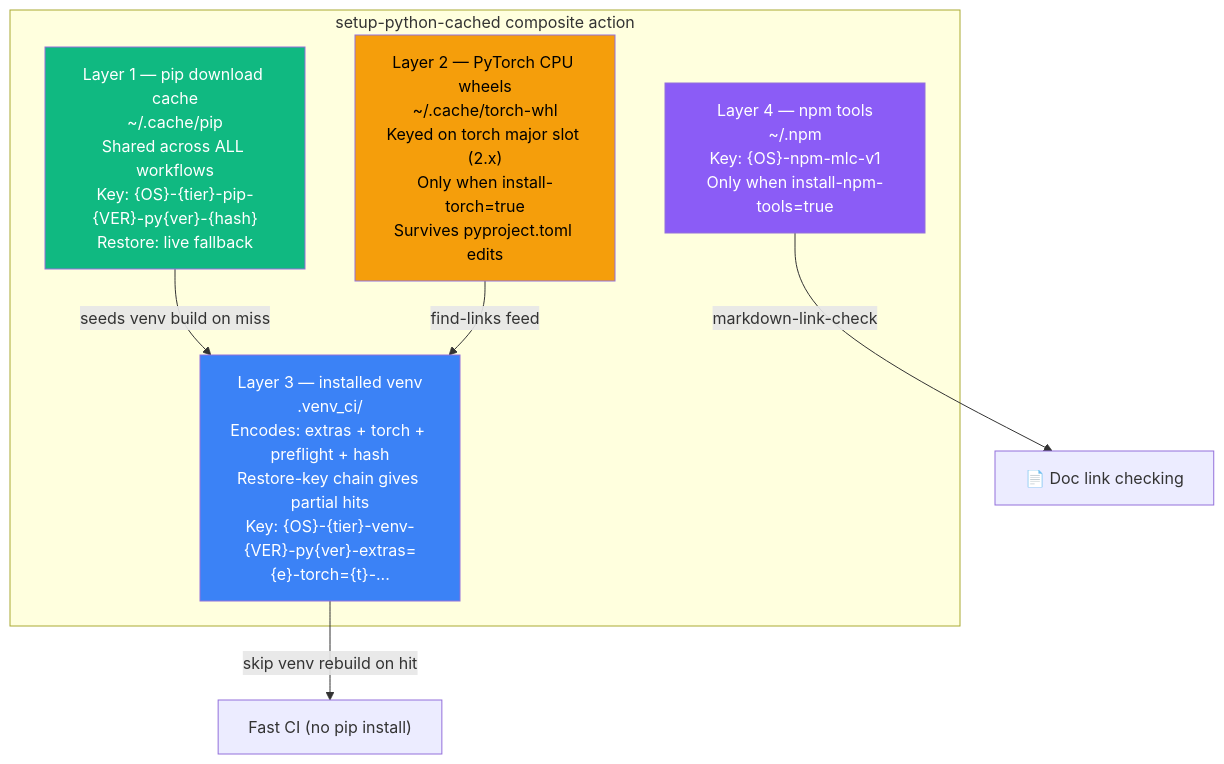
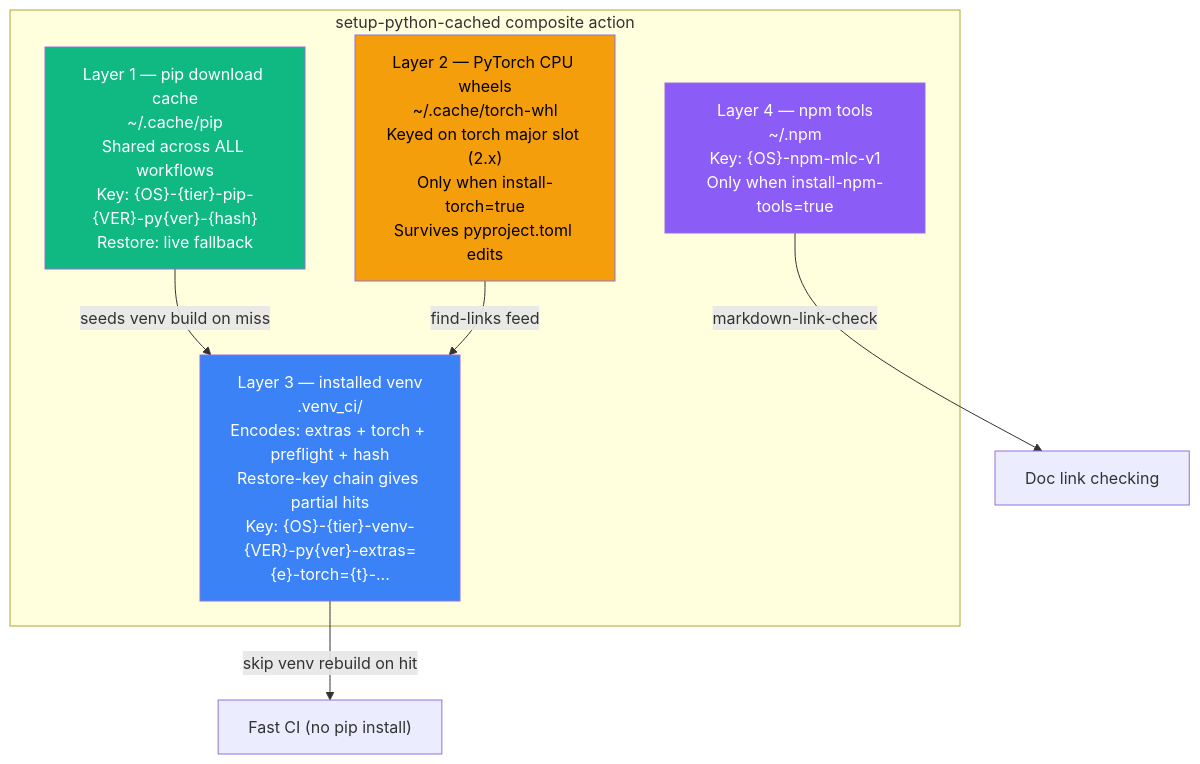
One commit to Aries-Serpent/_codex_ changed the first of 5 diagrams in docs/ops/CACHE_SHARED_DATASETS.md. Above: the diagram before and after it, drawn with Mermaid. The commit also changed other lines of this file and 4117 other files, not shown here.

````diff
--- a/docs/ops/CACHE_SHARED_DATASETS.md
+++ b/docs/ops/CACHE_SHARED_DATASETS.md
@@ -33,20 +33,24 @@
 ```mermaid
 %%{init: {'accessibility': {'title': 'Flowchart showing "Layer 1 — pip download cache\n~/.cache/pip\nShared across ALL workflows\nKey: {OS}-{tier}-pip-{VER}-py{ver}-{hash}\nRestore: live fallback", "Layer 2 — PyTorch CPU wheels\n~/.cache/torch-whl\nKeyed on torch major slot (2.x)\nOnly when install-torch=true\nSurvives pyproject.toml edits"'}}%%
+
 graph TD
-    subgraph "setup-python-cached composite action"
-        L1["Layer 1 — pip download cache\n~/.cache/pip\nShared across ALL workflows\nKey: {OS}-{tier}-pip-{VER}-py{ver}-{hash}\nRestore: live fallback"]
-        L2["Layer 2 — PyTorch CPU wheels\n~/.cache/torch-whl\nKeyed on torch major slot (2.x)\nOnly when install-torch=true\nSurvives pyproject.toml edits"]
-        L3["Layer 3 — installed venv\n.venv_ci/\nEncodes: extras + torch + preflight + hash\nRestore-key chain gives partial hits\nKey: {OS}-{tier}-venv-{VER}-py{ver}-extras={e}-torch={t}-..."]
-        L4["Layer 4 — npm tools\n~/.npm\nKey: {OS}-npm-mlc-v1\nOnly when install-npm-tools=true"]
-    end
+ subgraph "setup-python-cached composite action"
+ L1["Layer 1 — pip download cache\n~/.cache/pip\nShared across ALL workflows\nKey: {OS}-{tier}-pip-{VER}-py{ver}-{hash}\nRestore: live fallback"]
+ L2["Layer 2 — PyTorch CPU wheels\n~/.cache/torch-whl\nKeyed on torch major slot (2.x)\nOnly when install-torch=true\nSurvives pyproject.toml edits"]
+ L3["Layer 3 — installed venv\n.venv_ci/\nEncodes: extras + torch + preflight + hash\nRestore-key chain gives partial hits\nKey: {OS}-{tier}-venv-{VER}-py{ver}-extras={e}-torch={t}-..."]
+ L4["Layer 4 — npm tools\n~/.npm\nKey: {OS}-npm-mlc-v1\nOnly when install-npm-tools=true"]
+ end
 
-    L1 -->|"seeds venv build on miss"| L3
-    L2 -->|"find-links feed"| L3
-    L3 -->|"skip venv rebuild on hit"| FAST[" Fast CI (no pip install)"]
-    L4 -->|"markdown-link-check"| DOCS["📄 Doc link checking"]
+ L1 -->|"seeds venv build on miss"| L3
 
-    style L1 fill:#10b981,color:#fff
-    style L3 fill:#3b82f6,color:#fff
-    style L2 fill:#f59e0b,color:#000
-    style L4 fill:#8b5cf6,color:#fff
+ L2 -->|"find-links feed"| L3
+
+ L3 -->|"skip venv rebuild on hit"| FAST[" Fast CI (no pip install)"]
+
+ L4 -->|"markdown-link-check"| DOCS[" Doc link checking"]
+
+ style L1 fill:#10b981,color:#fff
+ style L3 fill:#3b82f6,color:#fff
+ style L2 fill:#f59e0b,color:#000
+ style L4 fill:#8b5cf6,color:#fff
 ```
````
